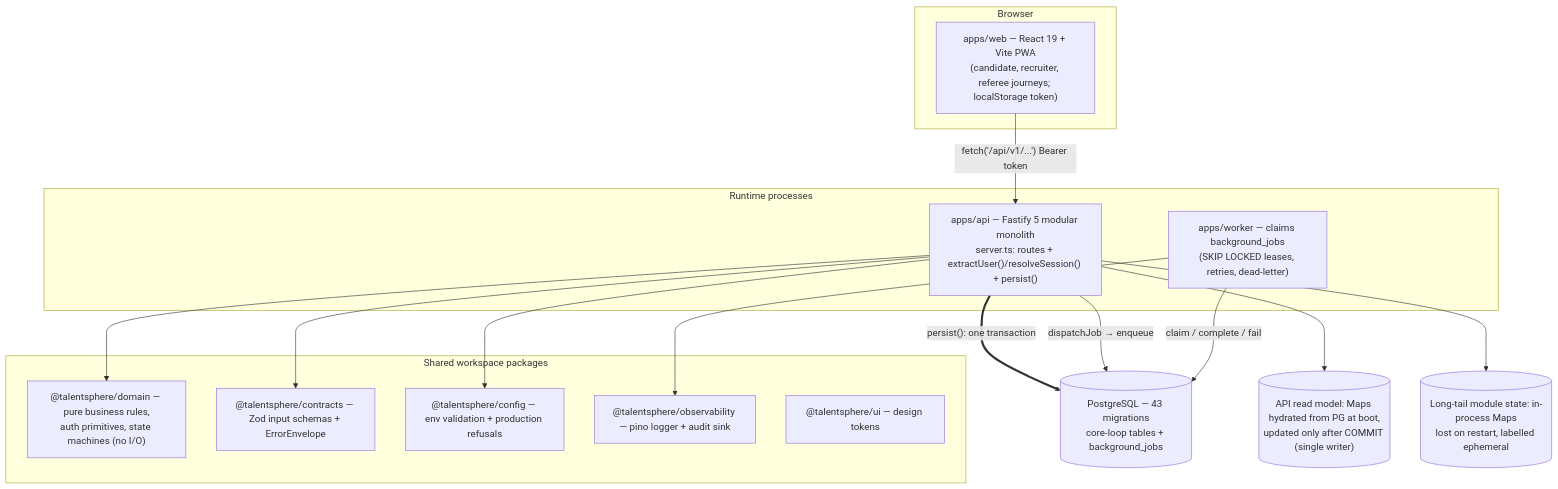
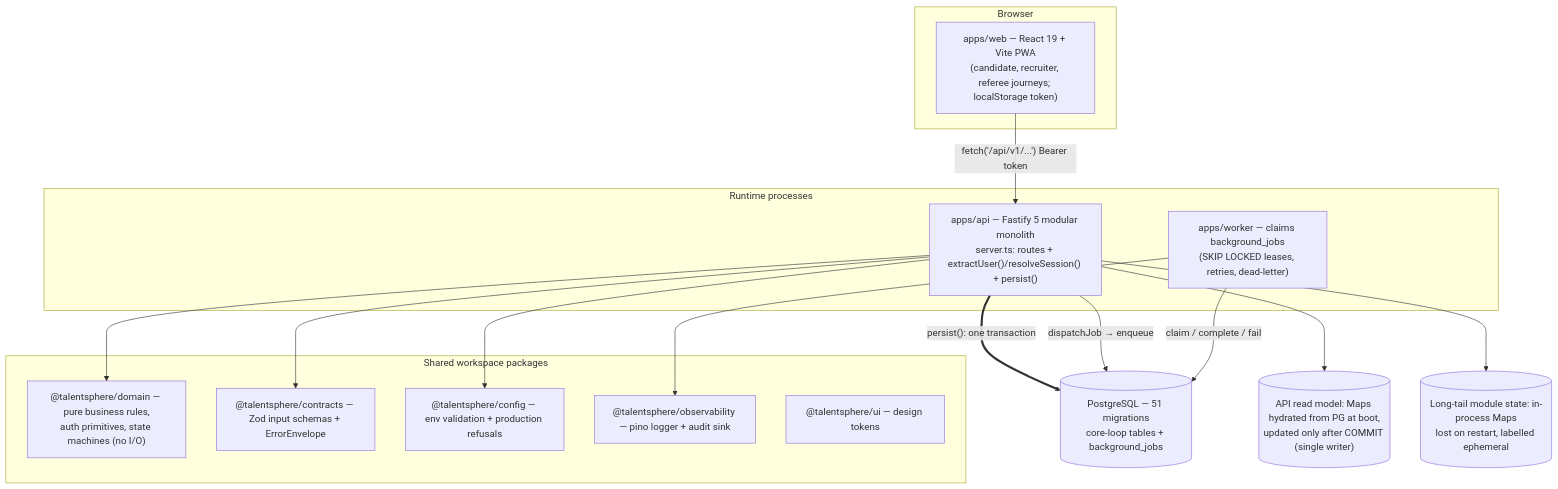
One commit to yhsomani/talentsphere-complete changed the diagram in ARCHITECTURE.md. Above: the diagram before and after it, drawn with Mermaid. The commit also changed other lines of this file and 57 other files, not shown here.

````diff
--- a/ARCHITECTURE.md
+++ b/ARCHITECTURE.md
@@ -29,31 +29,31 @@
 ```mermaid
 flowchart TD
     subgraph Browser
         WEB["apps/web — React 19 + Vite PWA<br/>(candidate, recruiter, referee journeys; localStorage token)"]
     end
     subgraph Runtime processes
         API["apps/api — Fastify 5 modular monolith<br/>server.ts: routes + extractUser()/resolveSession() + persist()"]
         WORKER["apps/worker — claims background_jobs<br/>(SKIP LOCKED leases, retries, dead-letter)"]
     end
     subgraph Shared workspace packages
         DOM["@talentsphere/domain — pure business rules,<br/>auth primitives, state machines (no I/O)"]
         CON["@talentsphere/contracts — Zod input schemas + ErrorEnvelope"]
         CFG["@talentsphere/config — env validation + production refusals"]
         OBS["@talentsphere/observability — pino logger + audit sink"]
         UI["@talentsphere/ui — design tokens"]
     end
-    PG[("PostgreSQL — 43 migrations<br/>core-loop tables + background_jobs")]
+    PG[("PostgreSQL — 51 migrations<br/>core-loop tables + background_jobs")]
     RM[("API read model: Maps hydrated from PG at boot,<br/>updated only after COMMIT (single writer)")]
     MEM[("Long-tail module state: in-process Maps<br/>lost on restart, labelled ephemeral")]
 
     WEB -- "fetch('/api/v1/...') Bearer token" --> API
     API --> DOM
     API --> CON
     API --> CFG
     API == "persist(): one transaction" ==> PG
     API --> RM
     API --> MEM
     API -- "dispatchJob → enqueue" --> PG
     WORKER -- "claim / complete / fail" --> PG
     WORKER --> OBS
 ```
````
